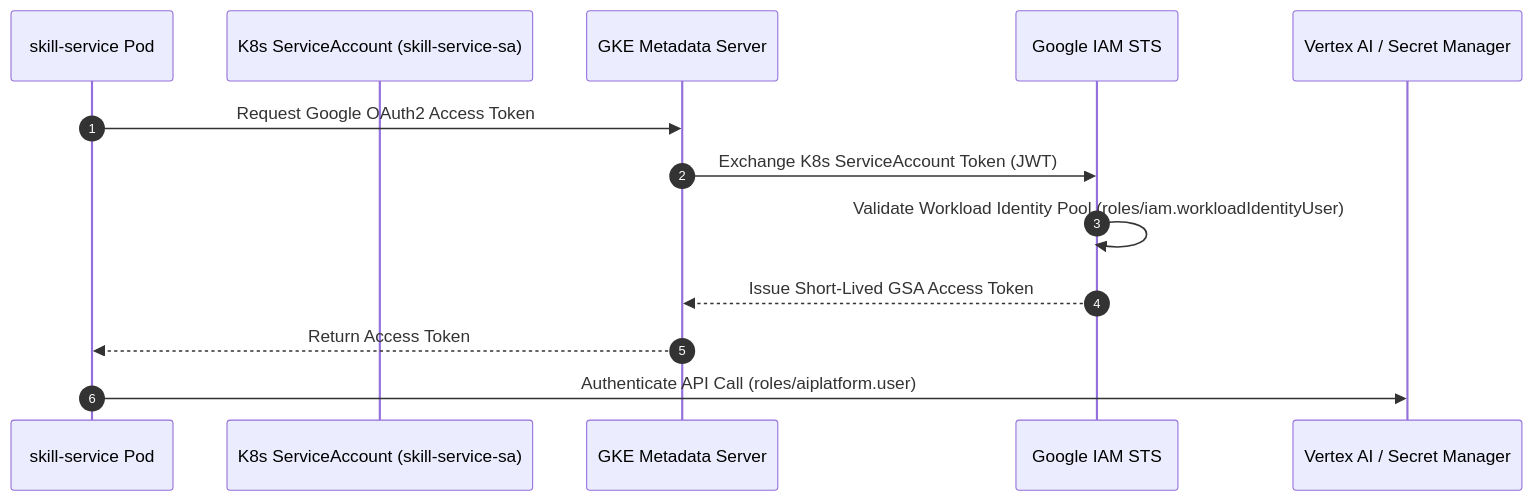
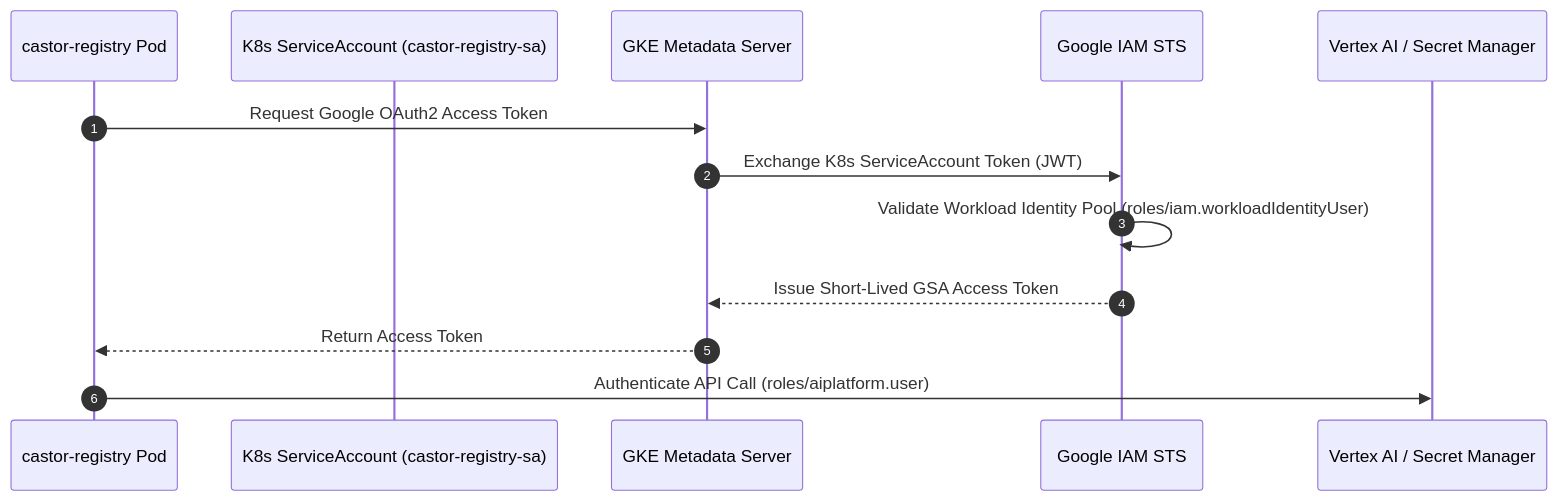
One commit to retail-cortex/skills changed the second of 2 diagrams in docs/content/deployment.md. Above: the diagram before and after it, drawn with Mermaid. The commit also changed other lines of this file and 90 other files, not shown here.

````diff
--- a/docs/content/deployment.md
+++ b/docs/content/deployment.md
@@ -260,16 +260,16 @@
 ```mermaid
 sequenceDiagram
     autonumber
-    participant Pod as skill-service Pod
-    participant K8sSA as K8s ServiceAccount (skill-service-sa)
+    participant Pod as castor-registry Pod
+    participant K8sSA as K8s ServiceAccount (castor-registry-sa)
     participant Meta as GKE Metadata Server
     participant GoogleAuth as Google IAM STS
     participant Vertex as Vertex AI / Secret Manager
 
     Pod->>Meta: Request Google OAuth2 Access Token
     Meta->>GoogleAuth: Exchange K8s ServiceAccount Token (JWT)
     GoogleAuth->>GoogleAuth: Validate Workload Identity Pool (roles/iam.workloadIdentityUser)
     GoogleAuth-->>Meta: Issue Short-Lived GSA Access Token
     Meta-->>Pod: Return Access Token
     Pod->>Vertex: Authenticate API Call (roles/aiplatform.user)
 ```
````
